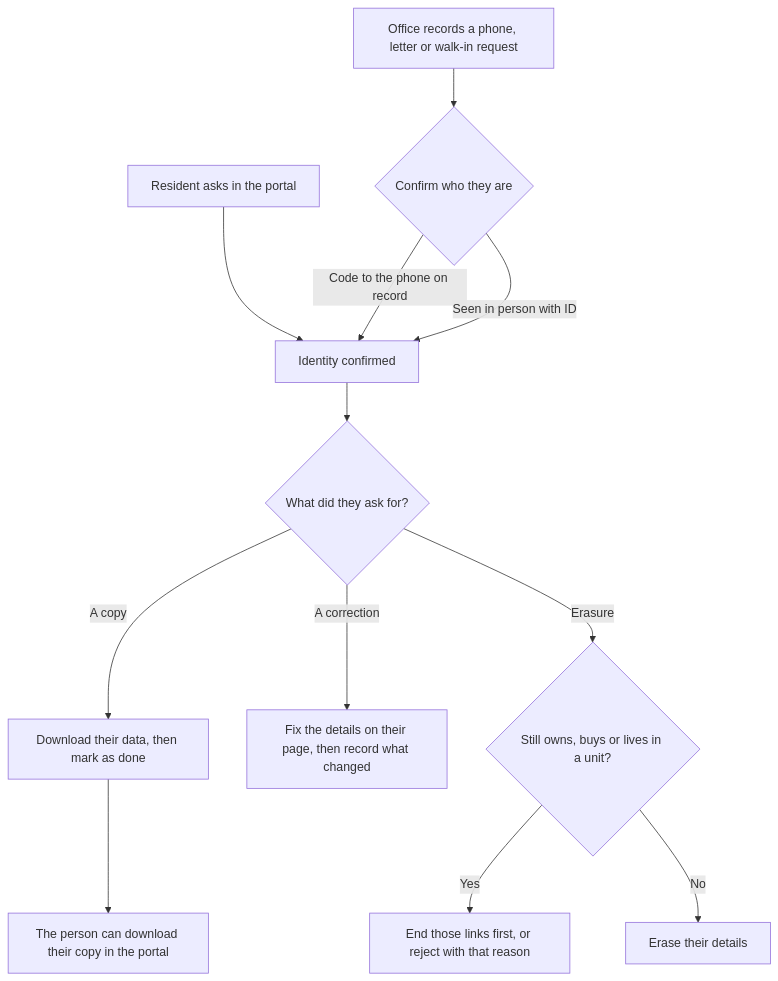
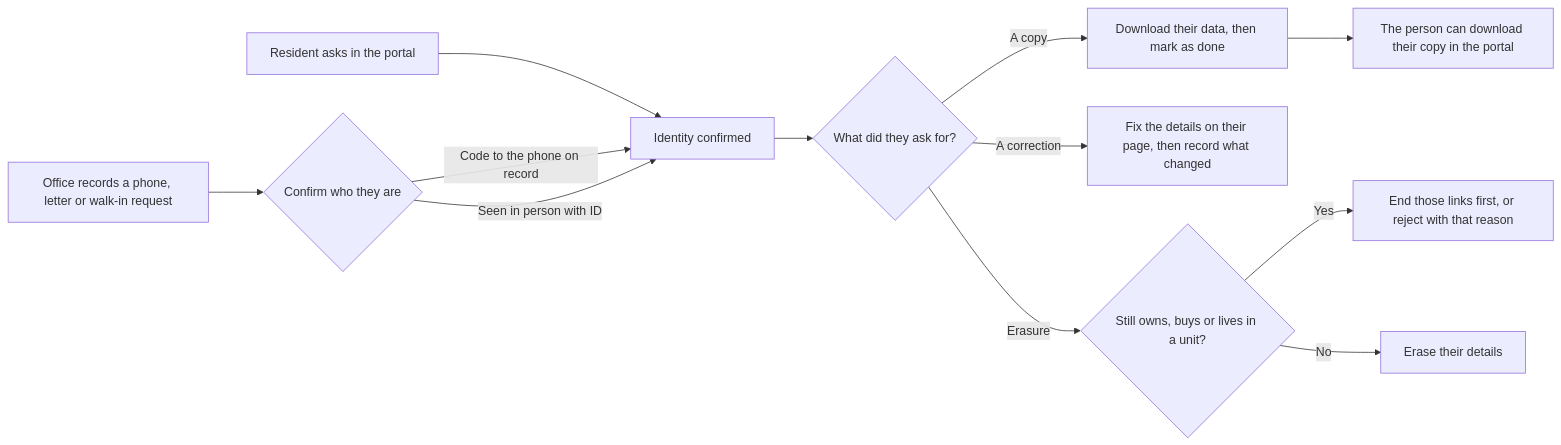
The diagram in docs/user-guide/maskani/privacy-and-data.md (Bengo-Hub/shared-docs), drawn with Mermaid before and after one commit. The commit also changed 6 other files, not shown here.

First line of the commit message:
Maskani guide: ERP (HR, Payroll) for estate payroll staff; shorter diagrams

````diff
--- a/docs/user-guide/maskani/privacy-and-data.md
+++ b/docs/user-guide/maskani/privacy-and-data.md
@@ -26,14 +26,14 @@
 ```mermaid
-flowchart TD
+flowchart LR
   A[Resident asks in the portal] --> V[Identity confirmed]
   B[Office records a phone, letter or walk-in request] --> C{Confirm who they are}
   C -->|Code to the phone on record| V
   C -->|Seen in person with ID| V
   V --> K{What did they ask for?}
   K -->|A copy| D[Download their data, then mark as done]
   K -->|A correction| E[Fix the details on their page, then record what changed]
   K -->|Erasure| F{Still owns, buys or lives in a unit?}
   F -->|Yes| R[End those links first, or reject with that reason]
   F -->|No| G[Erase their details]
   D --> P[The person can download their copy in the portal]
 ```
````
